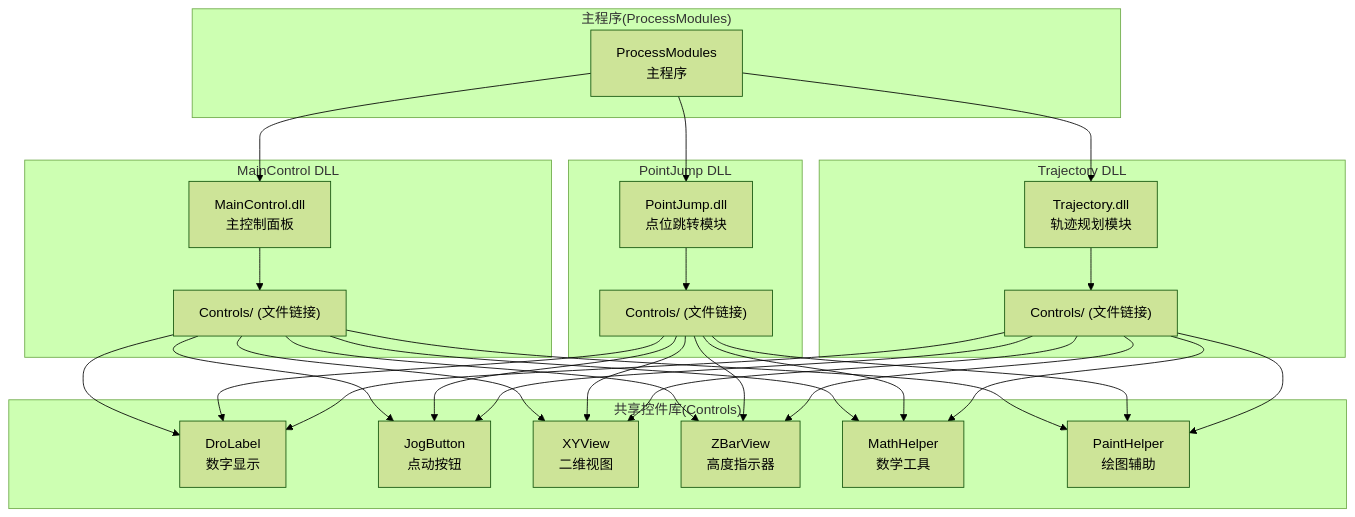
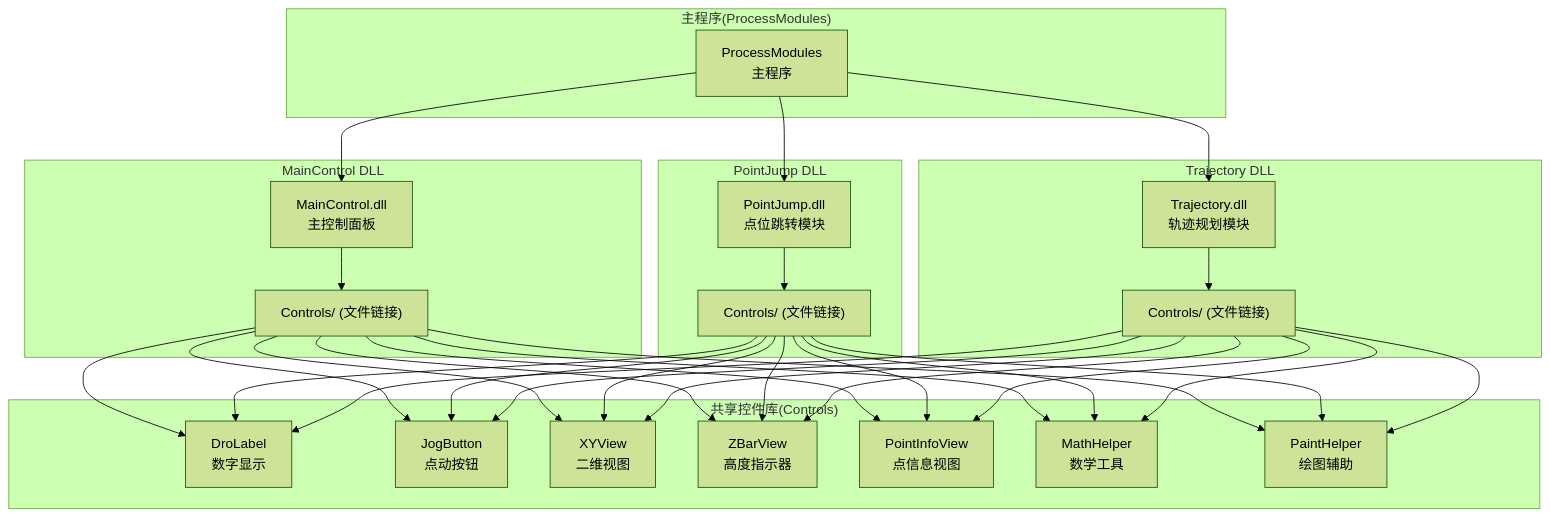
The first of 8 diagrams in .qoder/repowiki/zh/content/UI控件库/UI控件库.md (fuweiq94-cloud/339918076), drawn with Mermaid (forest theme) before and after one commit. The commit also changed other lines of this file and 75 other files, not shown here.

````diff
--- a/.qoder/repowiki/zh/content/UI控件库/UI控件库.md
+++ b/.qoder/repowiki/zh/content/UI控件库/UI控件库.md
@@ -56,50 +58,54 @@
 ```mermaid
 graph TB
 subgraph "主程序(ProcessModules)"
 PM["ProcessModules<br/>主程序"]
 end
 subgraph "MainControl DLL"
 MC["MainControl.dll<br/>主控制面板"]
 MCC["Controls/ (文件链接)"]
 end
 subgraph "PointJump DLL"
 PJ["PointJump.dll<br/>点位跳转模块"]
 PJC["Controls/ (文件链接)"]
 end
 subgraph "Trajectory DLL"
 TR["Trajectory.dll<br/>轨迹规划模块"]
 TRC["Controls/ (文件链接)"]
 end
 subgraph "共享控件库(Controls)"
 DL["DroLabel<br/>数字显示"]
 JB["JogButton<br/>点动按钮"]
 XY["XYView<br/>二维视图"]
 ZB["ZBarView<br/>高度指示器"]
+PIV["PointInfoView<br/>点信息视图"]
 MH["MathHelper<br/>数学工具"]
 PH["PaintHelper<br/>绘图辅助"]
 end
 PM --> MC
 PM --> PJ
 PM --> TR
 MC --> MCC
 PJ --> PJC
 TR --> TRC
 MCC --> DL
 MCC --> JB
 MCC --> XY
 MCC --> ZB
+MCC --> PIV
 MCC --> MH
 MCC --> PH
 PJC --> DL
 PJC --> JB
 PJC --> XY
 PJC --> ZB
+PJC --> PIV
 PJC --> MH
 PJC --> PH
 TRC --> DL
 TRC --> JB
 TRC --> XY
 TRC --> ZB
+TRC --> PIV
 TRC --> MH
 TRC --> PH
 ```
````
